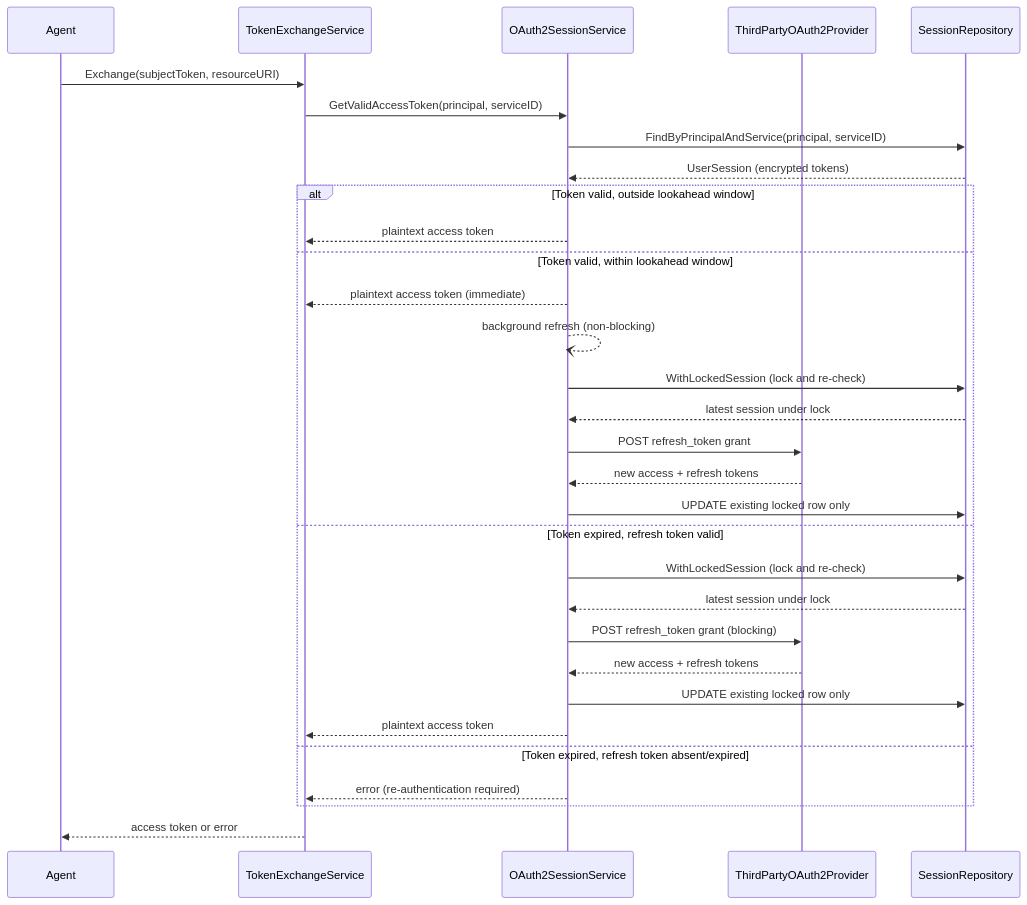
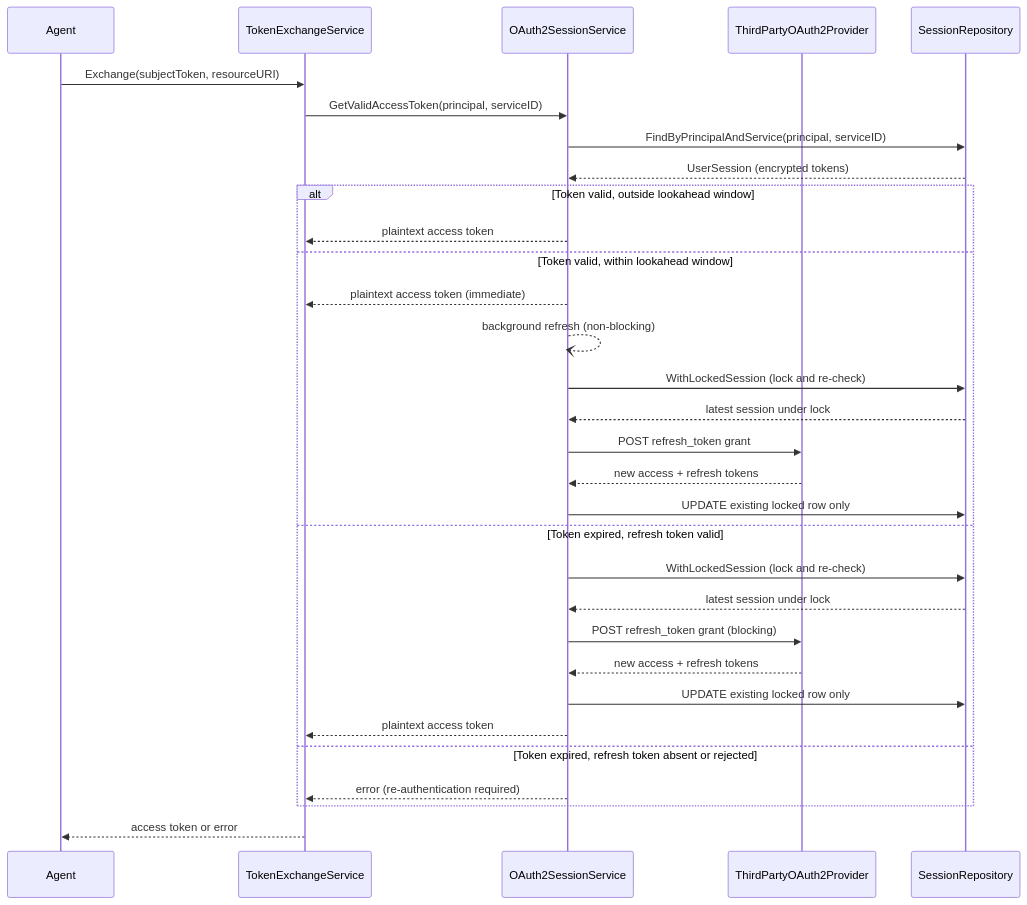
The first of 2 diagrams in specs/029-proactive-token-refresh/spec.md (zalando-incubator/agentic-identity-broker), drawn with Mermaid before and after one commit. The commit also changed other lines of this file and 100 other files, not shown here.

Commit message:
refactor: Record observed refresh-token rejection instead of a predicted expiry (#378)

````diff
--- a/specs/029-proactive-token-refresh/spec.md
+++ b/specs/029-proactive-token-refresh/spec.md
@@ -104,36 +105,36 @@
 ```mermaid
 sequenceDiagram
     participant Agent
     participant TokenExchangeService
     participant OAuth2SessionService
     participant ThirdPartyOAuth2Provider
     participant SessionRepository
 
     Agent->>TokenExchangeService: Exchange(subjectToken, resourceURI)
     TokenExchangeService->>OAuth2SessionService: GetValidAccessToken(principal, serviceID)
     OAuth2SessionService->>SessionRepository: FindByPrincipalAndService(principal, serviceID)
     SessionRepository-->>OAuth2SessionService: UserSession (encrypted tokens)
 
     alt Token valid, outside lookahead window
         OAuth2SessionService-->>TokenExchangeService: plaintext access token
     else Token valid, within lookahead window
         OAuth2SessionService-->>TokenExchangeService: plaintext access token (immediate)
         OAuth2SessionService--)OAuth2SessionService: background refresh (non-blocking)
         OAuth2SessionService->>SessionRepository: WithLockedSession (lock and re-check)
         SessionRepository-->>OAuth2SessionService: latest session under lock
         OAuth2SessionService->>ThirdPartyOAuth2Provider: POST refresh_token grant
         ThirdPartyOAuth2Provider-->>OAuth2SessionService: new access + refresh tokens
         OAuth2SessionService->>SessionRepository: UPDATE existing locked row only
     else Token expired, refresh token valid
         OAuth2SessionService->>SessionRepository: WithLockedSession (lock and re-check)
         SessionRepository-->>OAuth2SessionService: latest session under lock
         OAuth2SessionService->>ThirdPartyOAuth2Provider: POST refresh_token grant (blocking)
         ThirdPartyOAuth2Provider-->>OAuth2SessionService: new access + refresh tokens
         OAuth2SessionService->>SessionRepository: UPDATE existing locked row only
         OAuth2SessionService-->>TokenExchangeService: plaintext access token
-    else Token expired, refresh token absent/expired
+    else Token expired, refresh token absent or rejected
         OAuth2SessionService-->>TokenExchangeService: error (re-authentication required)
     end
 
     TokenExchangeService-->>Agent: access token or error
 ```
````
